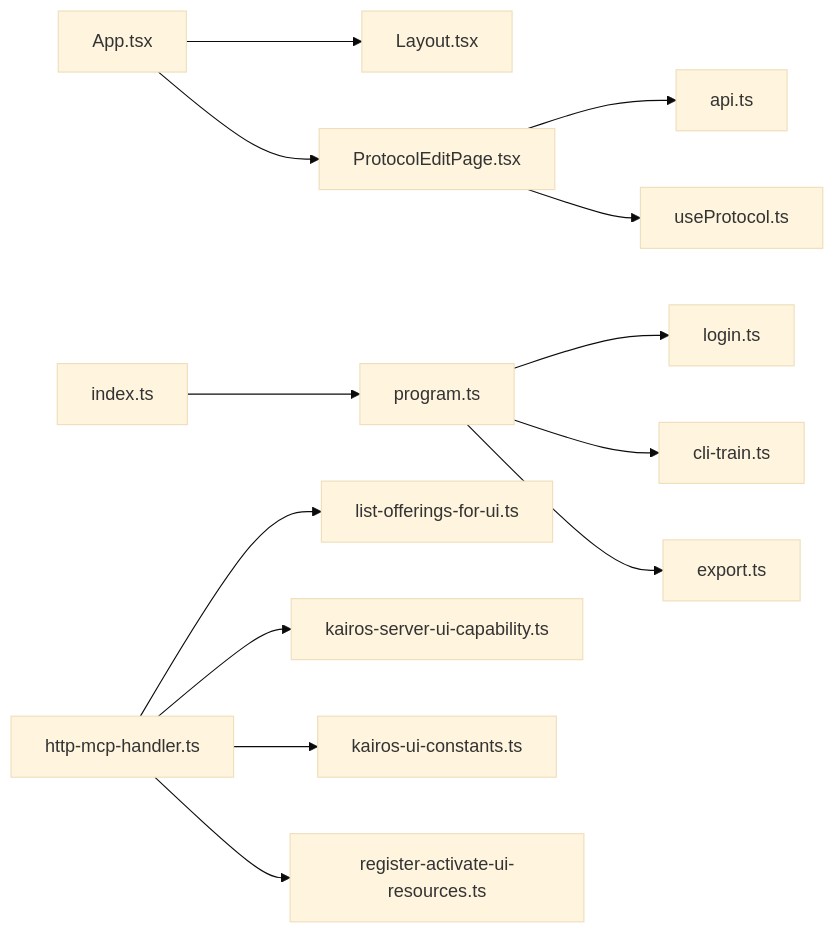
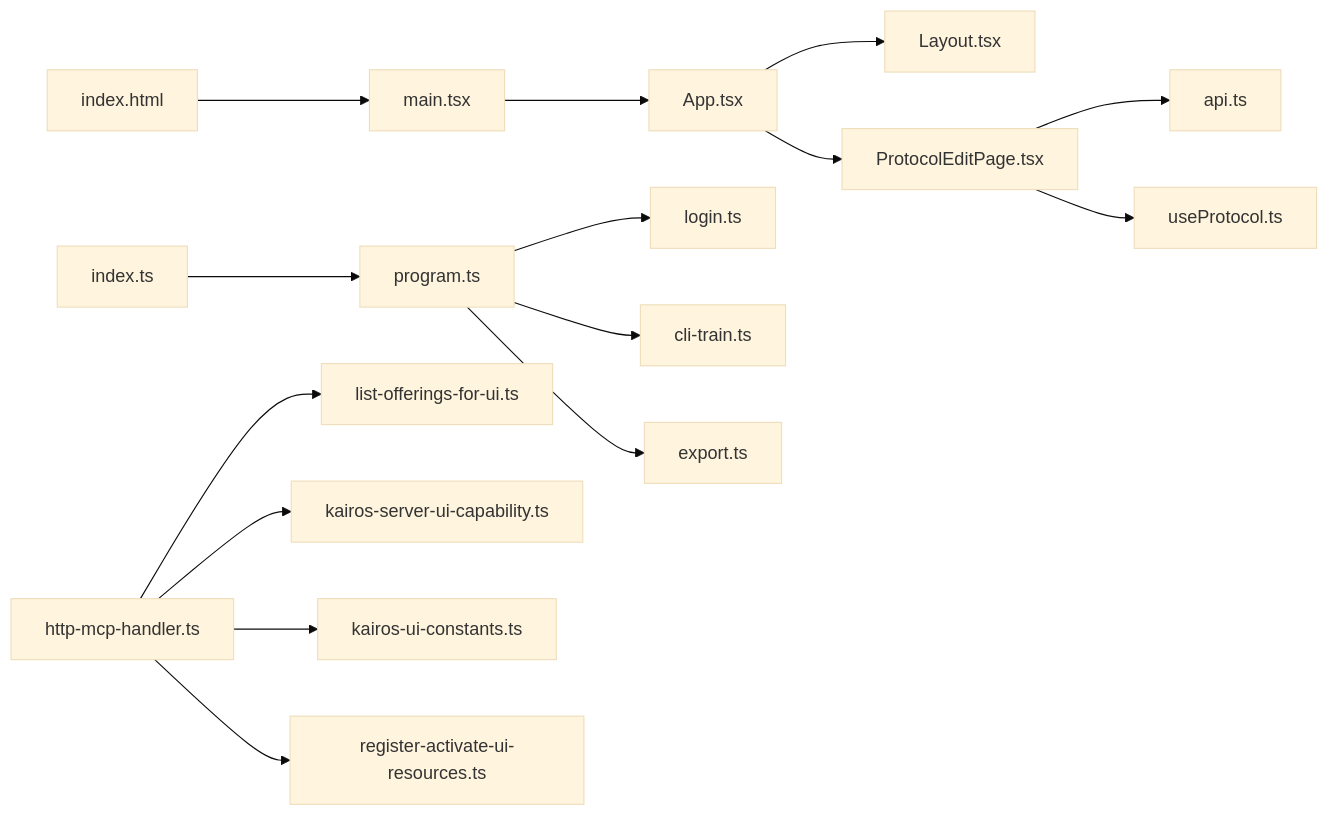
Before and after one commit to debian777/kairos-mcp: the seventh of 7 diagrams in .qoder/repowiki/en/content/User Interfaces/User Interfaces.md, drawn with Mermaid (base theme). The commit also changed other lines of this file and 17 other files, not shown here.

````diff
--- a/.qoder/repowiki/en/content/User Interfaces/User Interfaces.md
+++ b/.qoder/repowiki/en/content/User Interfaces/User Interfaces.md
@@ -385,15 +411,17 @@
 ```mermaid
 graph LR
 UI_App["App.tsx"] --> UI_Layout["Layout.tsx"]
 UI_App --> UI_ProtEdit["ProtocolEditPage.tsx"]
 UI_ProtEdit --> UI_API["api.ts"]
 UI_ProtEdit --> UI_Query["useProtocol.ts"]
+UI_Main["main.tsx"] --> UI_App
+UI_HTML["index.html"] --> UI_Main
 CLI_Index["index.ts"] --> CLI_Program["program.ts"]
 CLI_Program --> CLI_Login["login.ts"]
 CLI_Program --> CLI_Train["cli-train.ts"]
 CLI_Program --> CLI_Export["export.ts"]
 MCP_Handler["http-mcp-handler.ts"] --> MCP_List["list-offerings-for-ui.ts"]
 MCP_Handler --> MCP_Cap["kairos-server-ui-capability.ts"]
 MCP_Handler --> MCP_Consts["kairos-ui-constants.ts"]
 MCP_Handler --> MCP_Reg["register-activate-ui-resources.ts"]
 ```
````
